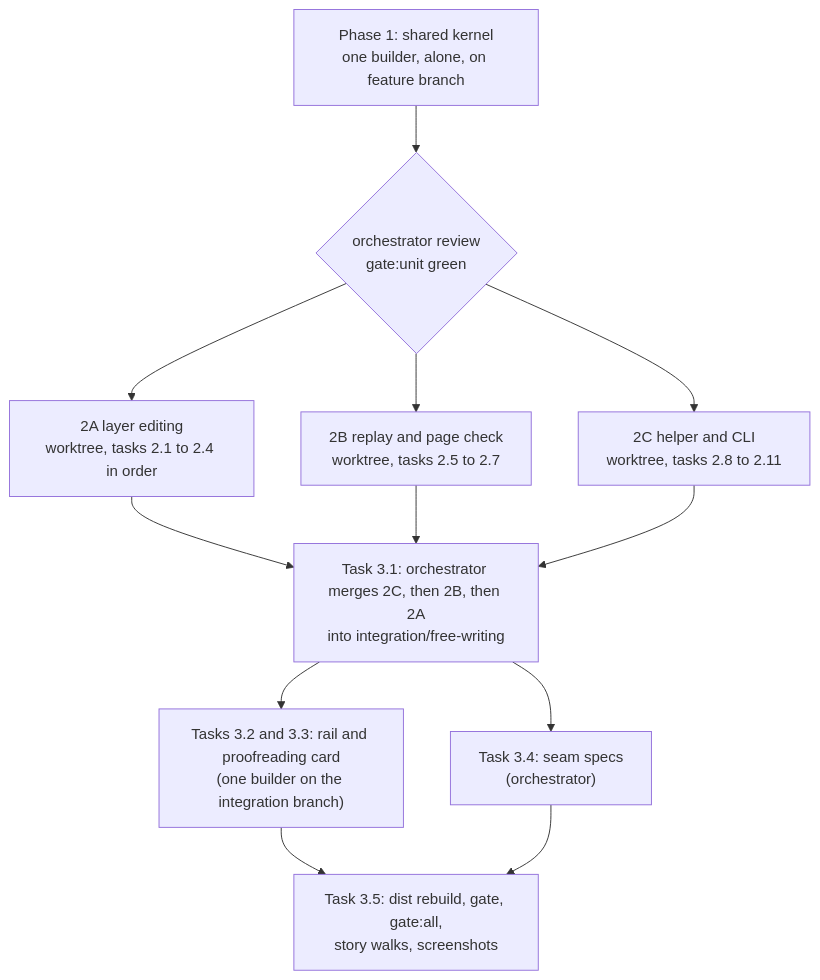
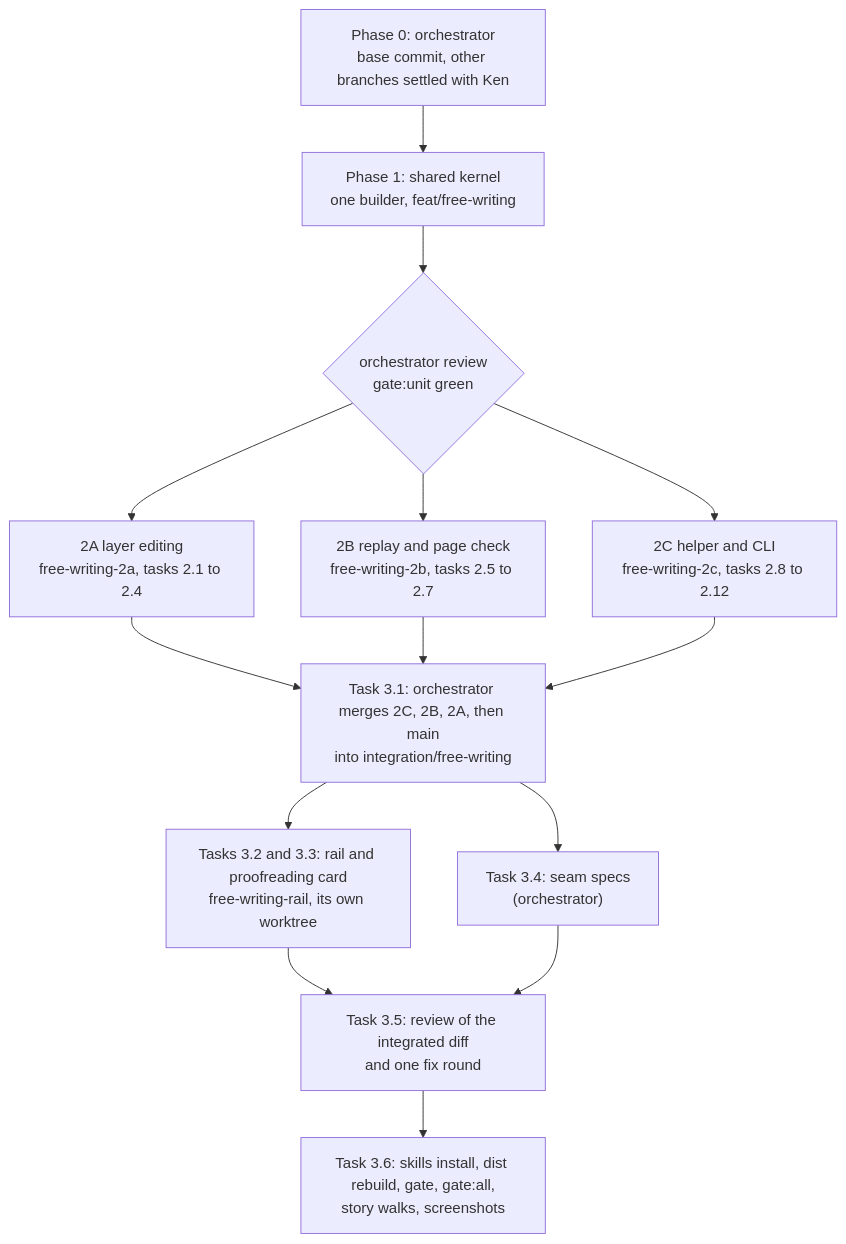
Before and after one commit to kenxle/live-agentic-html-editor: the diagram in docs/features/20260928.01_free_writing/03_plan_free_writing.md, drawn with Mermaid. The commit also changed other lines of this file and 3 other files, not shown here.

Commit message:
Free writing: plan reviews integrated (100 accepted, 1 rejected to the board, 5 to Ken); architecture back-patched

````diff
--- a/docs/features/20260928.01_free_writing/03_plan_free_writing.md
+++ b/docs/features/20260928.01_free_writing/03_plan_free_writing.md
@@ -9,14 +14,16 @@
 ```mermaid
 flowchart TD
-  P1["Phase 1: shared kernel<br/>one builder, alone, on feature branch"] --> R1{"orchestrator review<br/>gate:unit green"}
-  R1 --> A["2A layer editing<br/>worktree, tasks 2.1 to 2.4 in order"]
-  R1 --> B["2B replay and page check<br/>worktree, tasks 2.5 to 2.7"]
-  R1 --> C["2C helper and CLI<br/>worktree, tasks 2.8 to 2.11"]
-  A --> M["Task 3.1: orchestrator merges 2C, then 2B, then 2A<br/>into integration/free-writing"]
+  P0["Phase 0: orchestrator<br/>base commit, other branches settled with Ken"] --> P1["Phase 1: shared kernel<br/>one builder, feat/free-writing"]
+  P1 --> R1{"orchestrator review<br/>gate:unit green"}
+  R1 --> A["2A layer editing<br/>free-writing-2a, tasks 2.1 to 2.4"]
+  R1 --> B["2B replay and page check<br/>free-writing-2b, tasks 2.5 to 2.7"]
+  R1 --> C["2C helper and CLI<br/>free-writing-2c, tasks 2.8 to 2.12"]
+  A --> M["Task 3.1: orchestrator merges 2C, 2B, 2A, then main<br/>into integration/free-writing"]
   B --> M
   C --> M
-  M --> R3["Tasks 3.2 and 3.3: rail and proofreading card<br/>(one builder on the integration branch)"]
+  M --> R3["Tasks 3.2 and 3.3: rail and proofreading card<br/>free-writing-rail, its own worktree"]
   M --> X["Task 3.4: seam specs<br/>(orchestrator)"]
-  R3 --> G["Task 3.5: dist rebuild, gate, gate:all,<br/>story walks, screenshots"]
-  X --> G
+  R3 --> RV["Task 3.5: review of the integrated diff<br/>and one fix round"]
+  X --> RV
+  RV --> G["Task 3.6: skills install, dist rebuild, gate, gate:all,<br/>story walks, screenshots"]
 ```
````
